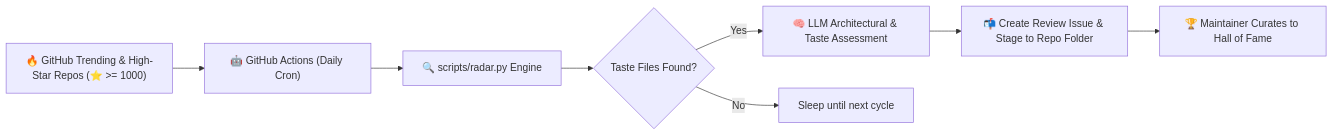
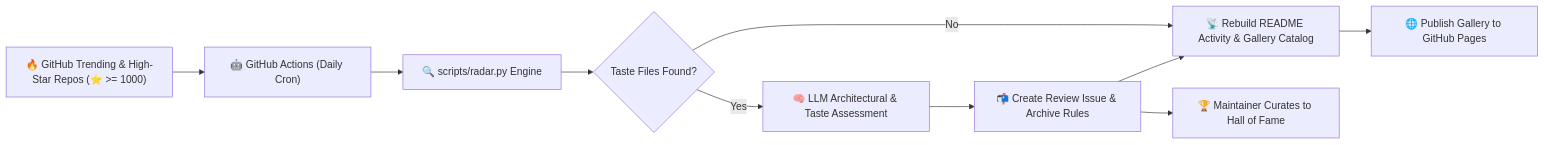
One commit to joe1chief/taste-your-taste changed the diagram in README.md. Above: the diagram before and after it, drawn with Mermaid. The commit also changed other lines of this file and 9 other files, not shown here.

Commit message:
feat(radar): publish daily discoveries in README and gallery

````diff
--- a/README.md
+++ b/README.md
@@ -407,10 +436,12 @@
 ```mermaid
 flowchart LR
     A["🔥 GitHub Trending & High-Star Repos (⭐️ >= 1000)"] --> B["🤖 GitHub Actions (Daily Cron)"]
     B --> C["🔍 scripts/radar.py Engine"]
     C --> D{"Taste Files Found?"}
     D -- Yes --> E["🧠 LLM Architectural & Taste Assessment"]
-    E --> F["📬 Create Review Issue & Stage to Repo Folder"]
-    F --> G["🏆 Maintainer Curates to Hall of Fame"]
-    D -- No --> H["Sleep until next cycle"]
+    E --> F["📬 Create Review Issue & Archive Rules"]
+    F --> G["📡 Rebuild README Activity & Gallery Catalog"]
+    G --> I["🌐 Publish Gallery to GitHub Pages"]
+    F --> J["🏆 Maintainer Curates to Hall of Fame"]
+    D -- No --> G
 ```
````
